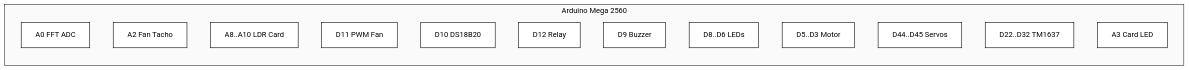
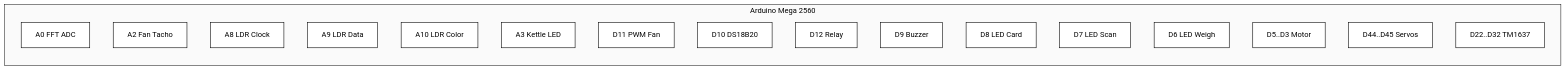
The second of 5 diagrams in README.md (Teera235/INC-MINI-project), drawn with Mermaid before and after one commit. The commit also changed other lines of this file and 1 other file, not shown here.

Commit message:
Full spec compliance: 3D scan, LED blink scheduler, card E detection, fan RPS map, temp map, RPM display

````diff
--- a/README.md
+++ b/README.md
@@ -69,21 +77,25 @@
 ```mermaid
 %%{init: {'theme':'base','themeVariables':{'primaryColor':'#ffffff','primaryBorderColor':'#000000','primaryTextColor':'#000000','lineColor':'#000000','secondaryColor':'#f5f5f5','clusterBkg':'#fafafa','clusterBorder':'#000000'}}}%%
 flowchart LR
     subgraph MCU[Arduino Mega 2560]
       M1[A0 FFT ADC]
       M2[A2 Fan Tacho]
-      M3[A8..A10 LDR Card]
-      M4[D11 PWM Fan]
-      M5[D10 DS18B20]
-      M6[D12 Relay]
-      M7[D9 Buzzer]
-      M8[D8..D6 LEDs]
-      M9[D5..D3 Motor]
-      M10[D44..D45 Servos]
-      M11[D22..D32 TM1637]
-      M12[A3 Card LED]
+      M3[A8 LDR Clock]
+      M4[A9 LDR Data]
+      M5[A10 LDR Color]
+      M6[A3 Kettle LED]
+      M7[D11 PWM Fan]
+      M8[D10 DS18B20]
+      M9[D12 Relay]
+      M10[D9 Buzzer]
+      M11[D8 LED Card]
+      M12[D7 LED Scan]
+      M13[D6 LED Weigh]
+      M14[D5..D3 Motor]
+      M15[D44..D45 Servos]
+      M16[D22..D32 TM1637]
     end
 
     classDef mcu fill:#ffffff,stroke:#000000,stroke-width:1.2px,color:#000000;
-    class M1,M2,M3,M4,M5,M6,M7,M8,M9,M10,M11,M12 mcu;
+    class M1,M2,M3,M4,M5,M6,M7,M8,M9,M10,M11,M12,M13,M14,M15,M16 mcu;
 ```
````
